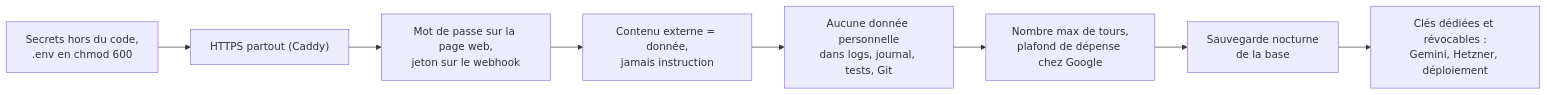
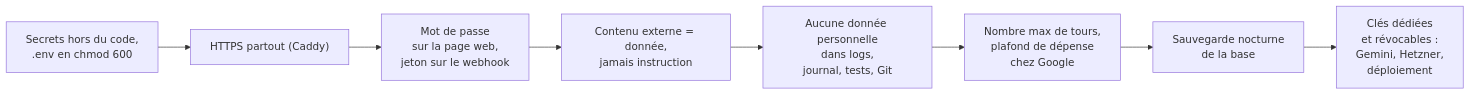
Diagram 42 of 42 in tuto-goodvibe-vibecoding.md (lecinquiemejour-code/goodvibe-tuto), drawn with Mermaid before and after one commit. The commit also changed other lines of this file and 1 other file, not shown here.

First line of the commit message:
fix(tuto, readme): lignes des boîtes redécoupées dans tous les diagrammes, pour ne plus être coupées sur GitHub

````diff
--- a/tuto-goodvibe-vibecoding.md
+++ b/tuto-goodvibe-vibecoding.md
@@ -2023,10 +2023,10 @@
 ```mermaid
 flowchart LR
     S1["Secrets hors du code,<br/>.env en chmod 600"] --> S2["HTTPS partout (Caddy)"]
-    S2 --> S3["Mot de passe sur la page web,<br/>jeton sur le webhook"]
+    S2 --> S3["Mot de passe<br/>sur la page web,<br/>jeton sur le webhook"]
     S3 --> S4["Contenu externe = donnée,<br/>jamais instruction"]
-    S4 --> S5["Aucune donnée personnelle<br/>dans logs, journal, tests, Git"]
-    S5 --> S6["Nombre max de tours,<br/>plafond de dépense chez Google"]
+    S4 --> S5["Aucune donnée personnelle<br/>dans logs,<br/>journal, tests, Git"]
+    S5 --> S6["Nombre max de tours,<br/>plafond de dépense<br/>chez Google"]
     S6 --> S7["Sauvegarde nocturne<br/>de la base"]
-    S7 --> S8["Clés dédiées et révocables :<br/>Gemini, Hetzner, déploiement"]
+    S7 --> S8["Clés dédiées<br/>et révocables :<br/>Gemini, Hetzner,<br/>déploiement"]
 ```
````
